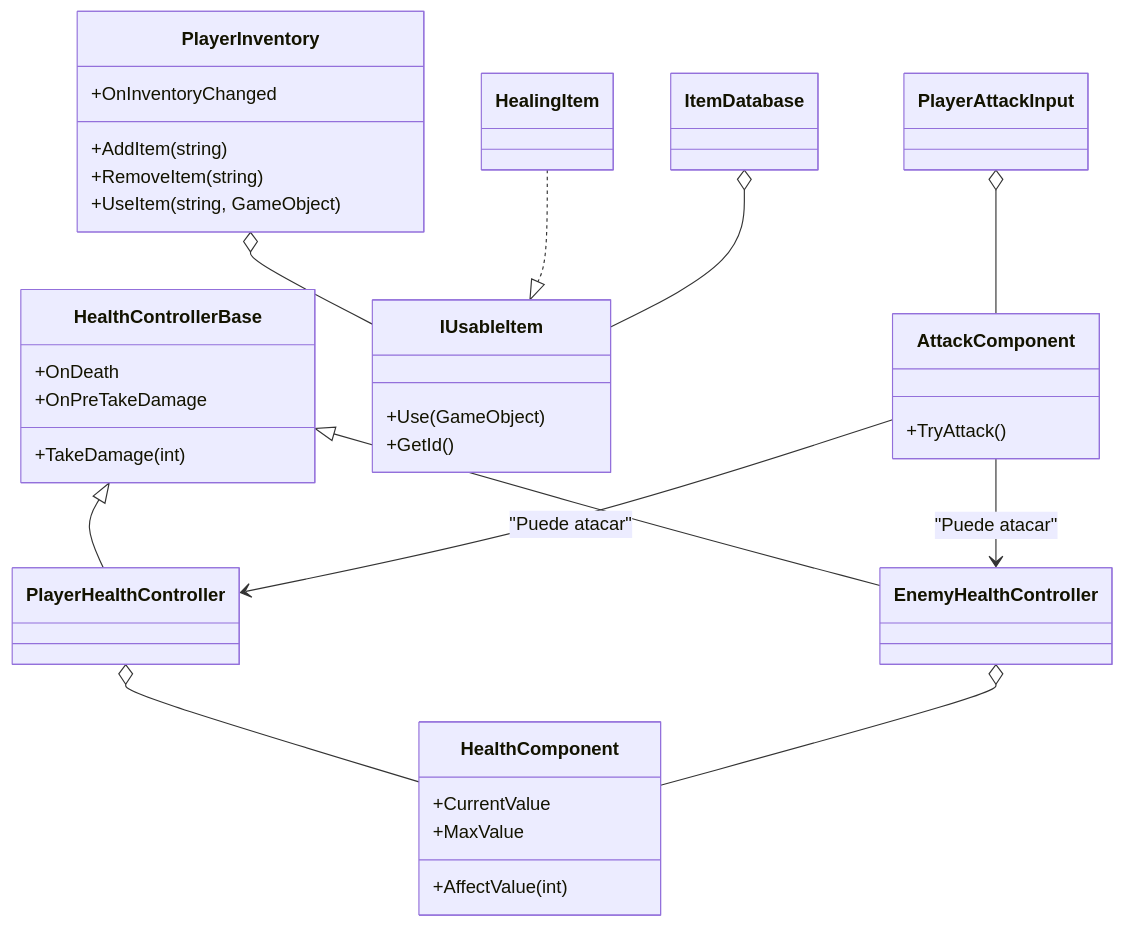
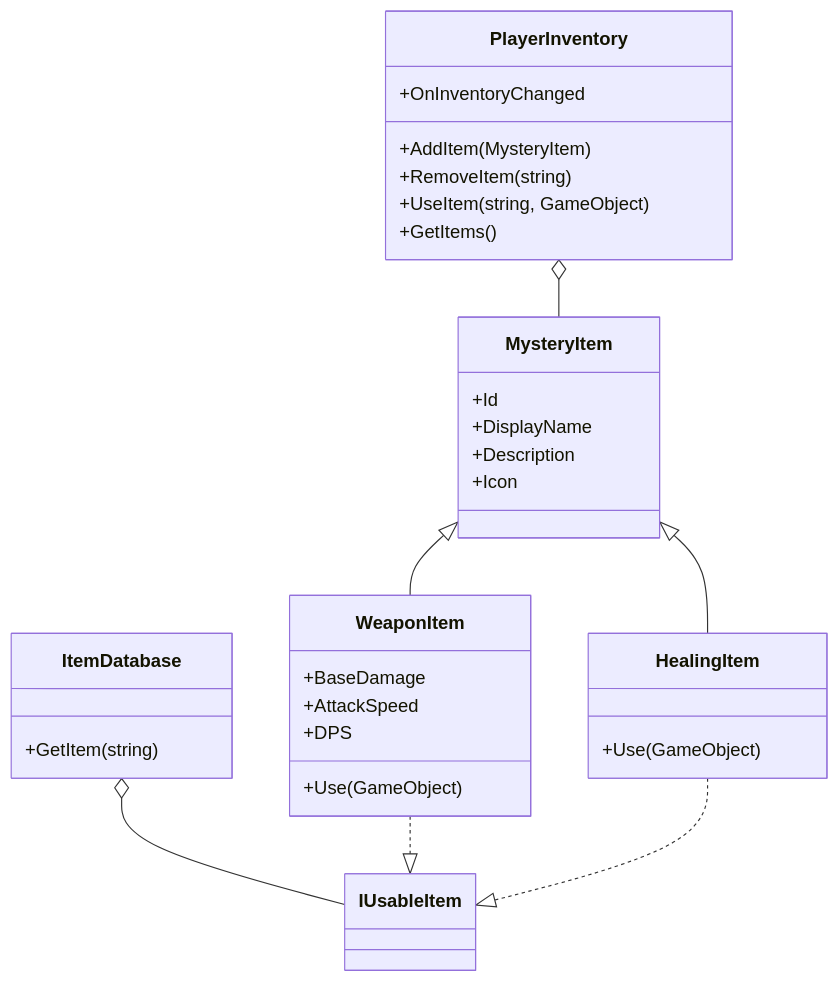
The diagram in Assets/Scripts/DOCUMENTACION.md (oscabaho/Proyect-Secret), drawn with Mermaid before and after one commit. The commit also changed other lines of this file and 28 other files, not shown here.

````diff
--- a/Assets/Scripts/DOCUMENTACION.md
+++ b/Assets/Scripts/DOCUMENTACION.md
@@ -169,42 +196,34 @@
 ```mermaid
 classDiagram
-    class HealthControllerBase {
-        +TakeDamage(int)
-        +OnDeath
-        +OnPreTakeDamage
+    class MysteryItem {
+        +Id
+        +DisplayName
+        +Description
+        +Icon
     }
-    class PlayerHealthController
-    class EnemyHealthController
-    class HealthComponent {
-        +AffectValue(int)
-        +CurrentValue
-        +MaxValue
+    class WeaponItem {
+        +BaseDamage
+        +AttackSpeed
+        +DPS
+        +Use(GameObject)
+    }
+    class HealingItem {
+        +Use(GameObject)
     }
     class PlayerInventory {
-        +AddItem(string)
+        +AddItem(MysteryItem)
         +RemoveItem(string)
         +UseItem(string, GameObject)
+        +GetItems()
         +OnInventoryChanged
     }
-    class IUsableItem {
-        +Use(GameObject)
-        +GetId()
+    class ItemDatabase {
+        +GetItem(string)
     }
-    class HealingItem
-    class ItemDatabase
-    class AttackComponent {
-        +TryAttack()
-    }
-    class PlayerAttackInput
-
-    HealthControllerBase <|-- PlayerHealthController
-    HealthControllerBase <|-- EnemyHealthController
-    PlayerHealthController o-- HealthComponent
-    EnemyHealthController o-- HealthComponent
-    PlayerInventory o-- IUsableItem
+    MysteryItem <|-- WeaponItem
+    MysteryItem <|-- HealingItem
+    PlayerInventory o-- MysteryItem
+    ItemDatabase o-- IUsableItem
+    WeaponItem ..|> IUsableItem
     HealingItem ..|> IUsableItem
-    ItemDatabase o-- IUsableItem
-    PlayerAttackInput o-- AttackComponent
-    AttackComponent --> PlayerHealthController : "Puede atacar"
-    AttackComponent --> EnemyHealthController : "Puede atacar"
 ```
````
